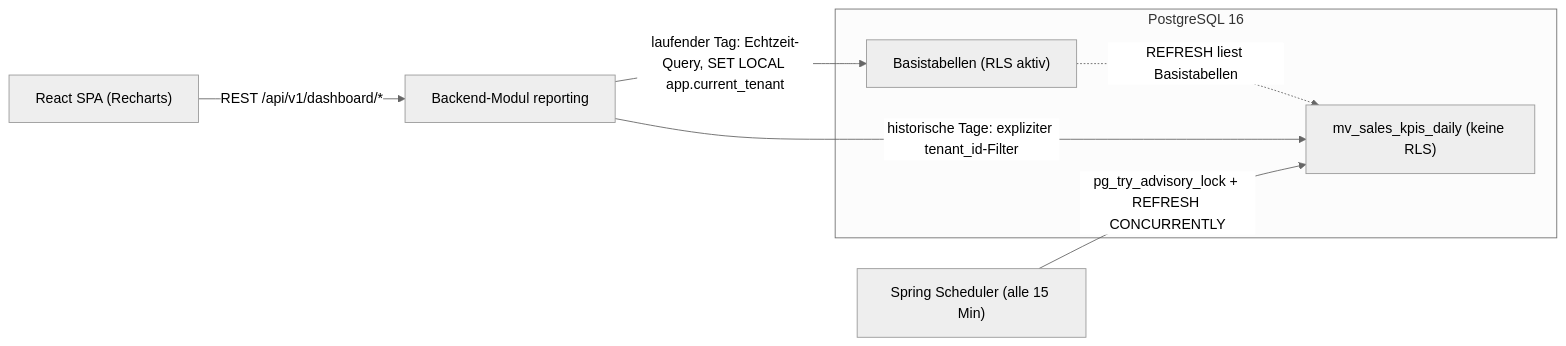
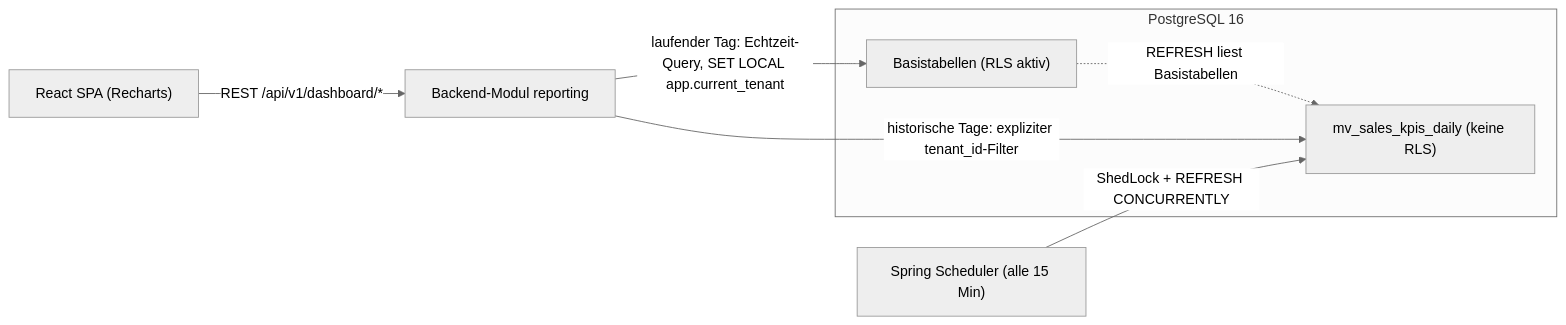
Before and after one commit to JULITHCH/OpenCRM: the diagram in docs/09-dashboard-und-reporting.md, drawn with Mermaid (neutral theme). The commit also changed other lines of this file and 21 other files, not shown here.

````diff
--- a/docs/09-dashboard-und-reporting.md
+++ b/docs/09-dashboard-und-reporting.md
@@ -264,12 +267,12 @@
 ```mermaid
 flowchart LR
     SPA["React SPA (Recharts)"] -->|"REST /api/v1/dashboard/*"| API["Backend-Modul reporting"]
     subgraph PG["PostgreSQL 16"]
         BT["Basistabellen (RLS aktiv)"]
         MV["mv_sales_kpis_daily (keine RLS)"]
     end
     API -->|"laufender Tag: Echtzeit-Query, SET LOCAL app.current_tenant"| BT
     API -->|"historische Tage: expliziter tenant_id-Filter"| MV
-    SCHED["Spring Scheduler (alle 15 Min)"] -->|"pg_try_advisory_lock + REFRESH CONCURRENTLY"| MV
+    SCHED["Spring Scheduler (alle 15 Min)"] -->|"ShedLock + REFRESH CONCURRENTLY"| MV
     BT -.->|"REFRESH liest Basistabellen"| MV
 ```
````
